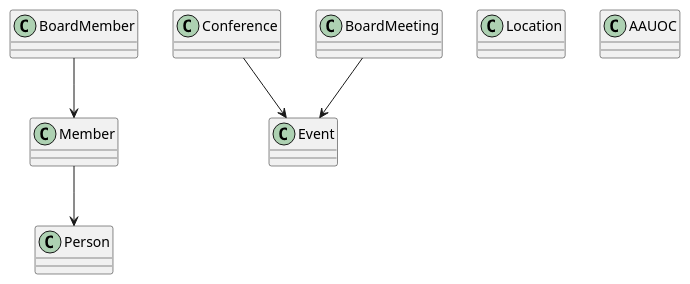
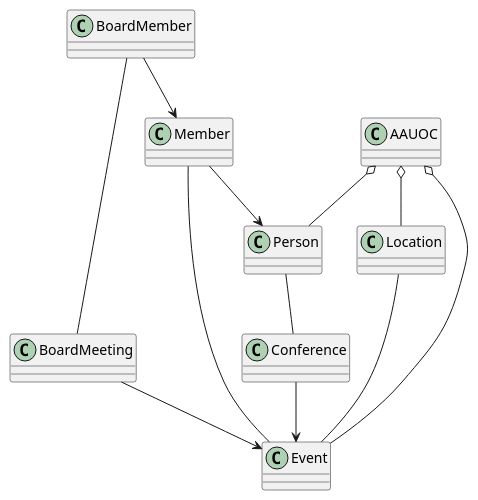
The diagram in src/UMLDiagram.puml (riekk/UMLClassChristianTM), drawn with PlantUML before and after one commit.

Commit message:
Relationships

```diff
--- a/src/UMLDiagram.puml
+++ b/src/UMLDiagram.puml
@@ -1,35 +1,41 @@
 @startuml
 
 class Person {
 }
 
 class Member {
 }
 
 class BoardMember {
 }
 
 class Event {
 }
 
 class Conference {
 }
 
 class BoardMeeting {
 }
 
 class Location {
 }
 
 class AAUOC {
 }
 
  Member --> Person
  BoardMember --> Member
 
  Conference --> Event
  BoardMeeting --> Event
 
-
+ AAUOC o-- Location
+ AAUOC o-- Event
+ Location -- Event
+ AAUOC o-- Person
+ Member -- Event
+ Person -- Conference
+ BoardMember -- BoardMeeting
 
 @enduml
```
